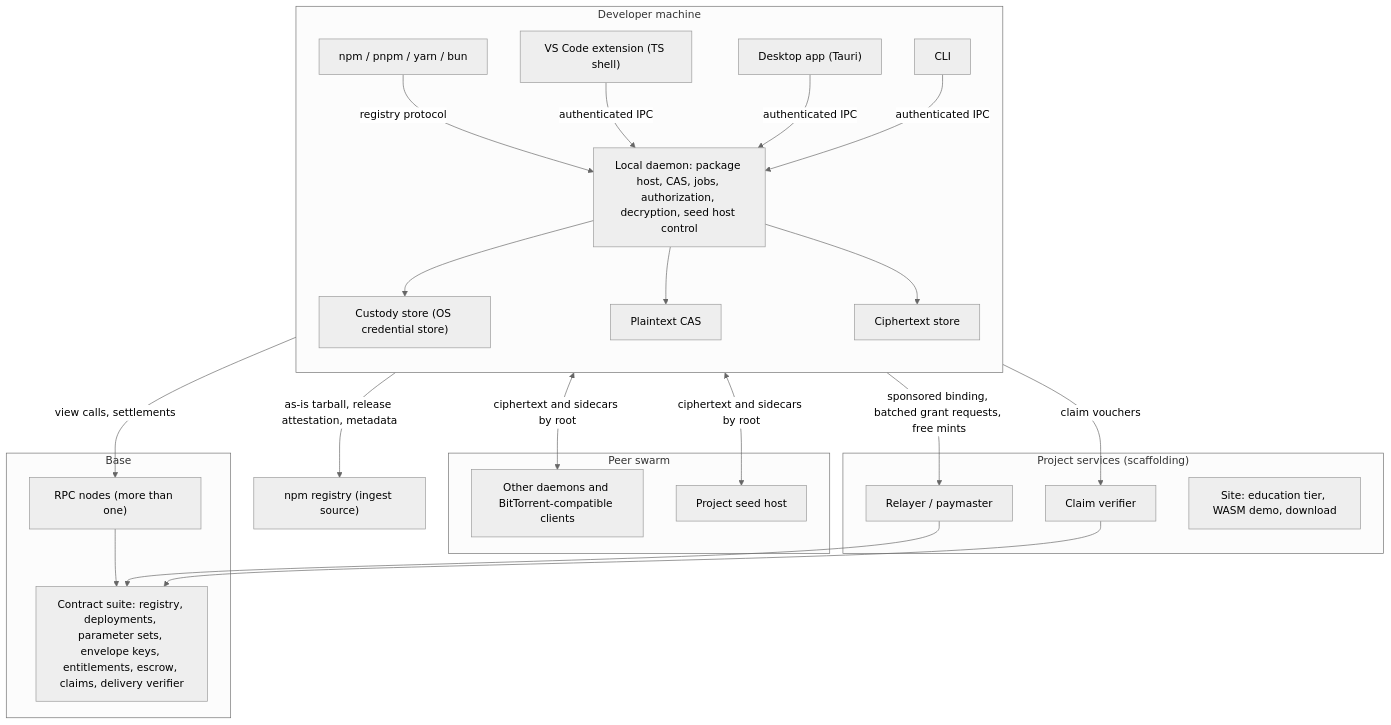
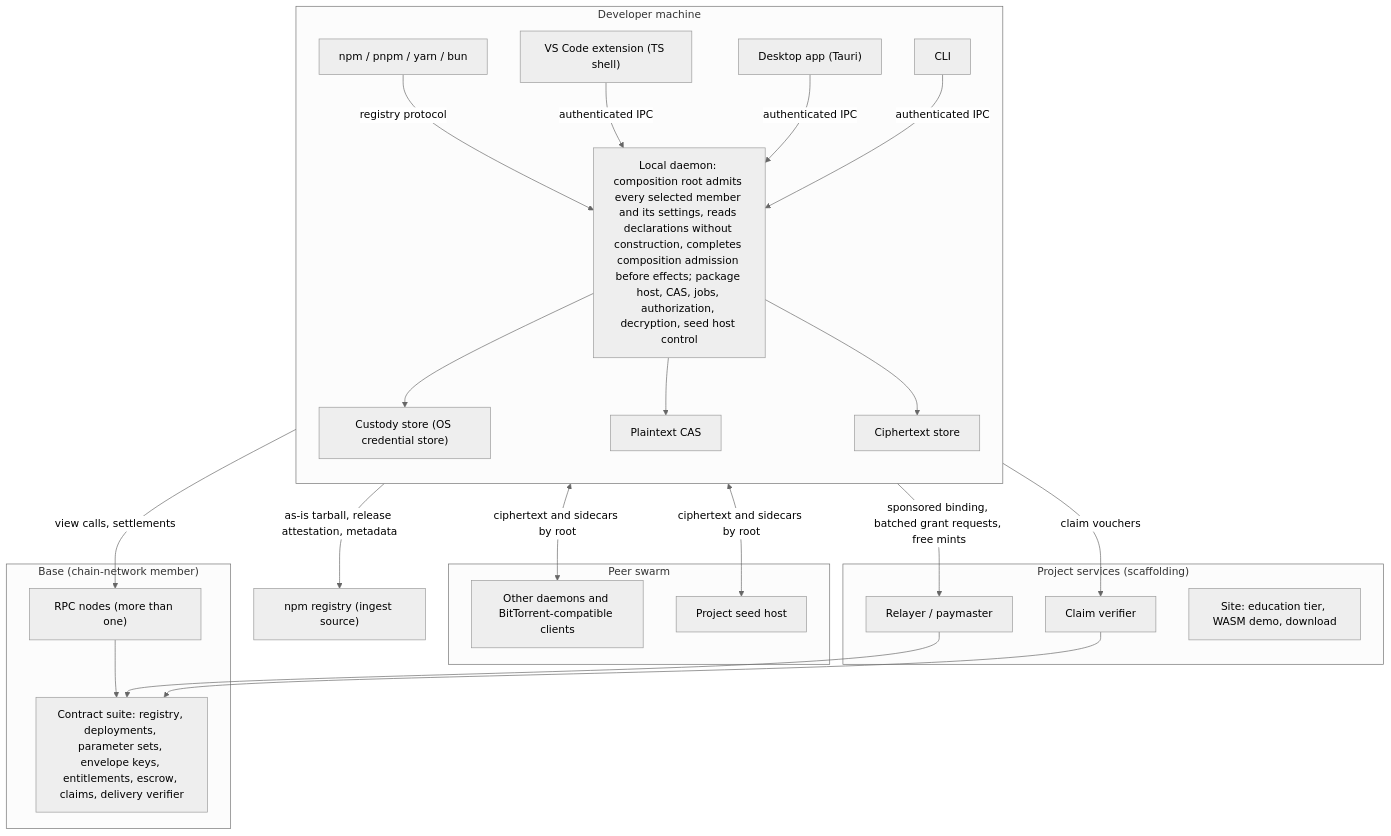
Before and after one commit to tsylvester/chaintorrent: the first of 4 diagrams in docs/project-planning/system-architecture.md, drawn with Mermaid (neutral theme). The commit also changed other lines of this file and 15 other files, not shown here.

````diff
--- a/docs/project-planning/system-architecture.md
+++ b/docs/project-planning/system-architecture.md
@@ -23,49 +27,49 @@
 ```mermaid
 flowchart TB
     subgraph machine["Developer machine"]
         direction TB
         pm["npm / pnpm / yarn / bun"]
         ext["VS Code extension (TS shell)"]
         desk["Desktop app (Tauri)"]
         cli["CLI"]
-        daemon["Local daemon: package host, CAS, jobs, authorization, decryption, seed host control"]
+        daemon["Local daemon: composition root admits every selected member and its settings, reads declarations without construction, completes composition admission before effects; package host, CAS, jobs, authorization, decryption, seed host control"]
         custody["Custody store (OS credential store)"]
         cas["Plaintext CAS"]
         cstore["Ciphertext store"]
         pm -->|registry protocol| daemon
         ext -->|authenticated IPC| daemon
         desk -->|authenticated IPC| daemon
         cli -->|authenticated IPC| daemon
         daemon --> custody
         daemon --> cas
         daemon --> cstore
     end
 
     subgraph swarm["Peer swarm"]
         peers["Other daemons and BitTorrent-compatible clients"]
         seedhost["Project seed host"]
     end
 
-    subgraph chain["Base"]
+    subgraph chain["Base (chain-network member)"]
         contracts["Contract suite: registry, deployments, parameter sets, envelope keys, entitlements, escrow, claims, delivery verifier"]
         rpc["RPC nodes (more than one)"]
     end
 
     subgraph services["Project services (scaffolding)"]
         relayer["Relayer / paymaster"]
         verifier["Claim verifier"]
         site["Site: education tier, WASM demo, download"]
     end
 
     upstream["npm registry (ingest source)"]
 
     daemon <-->|ciphertext and sidecars by root| peers
     daemon <-->|ciphertext and sidecars by root| seedhost
     daemon -->|view calls, settlements| rpc
     rpc --> contracts
     daemon -->|as-is tarball, release attestation, metadata| upstream
     daemon -->|sponsored binding, batched grant requests, free mints| relayer
     relayer --> contracts
     daemon -->|claim vouchers| verifier
     verifier --> contracts
 ```
````
